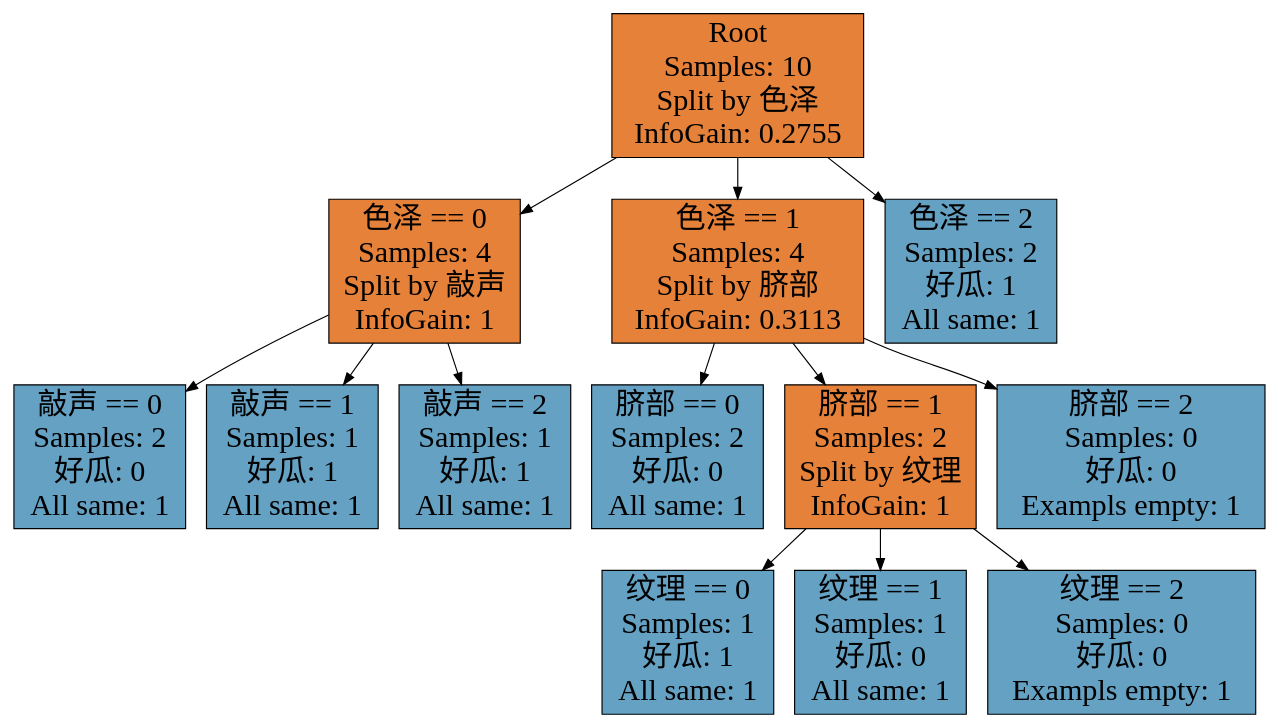
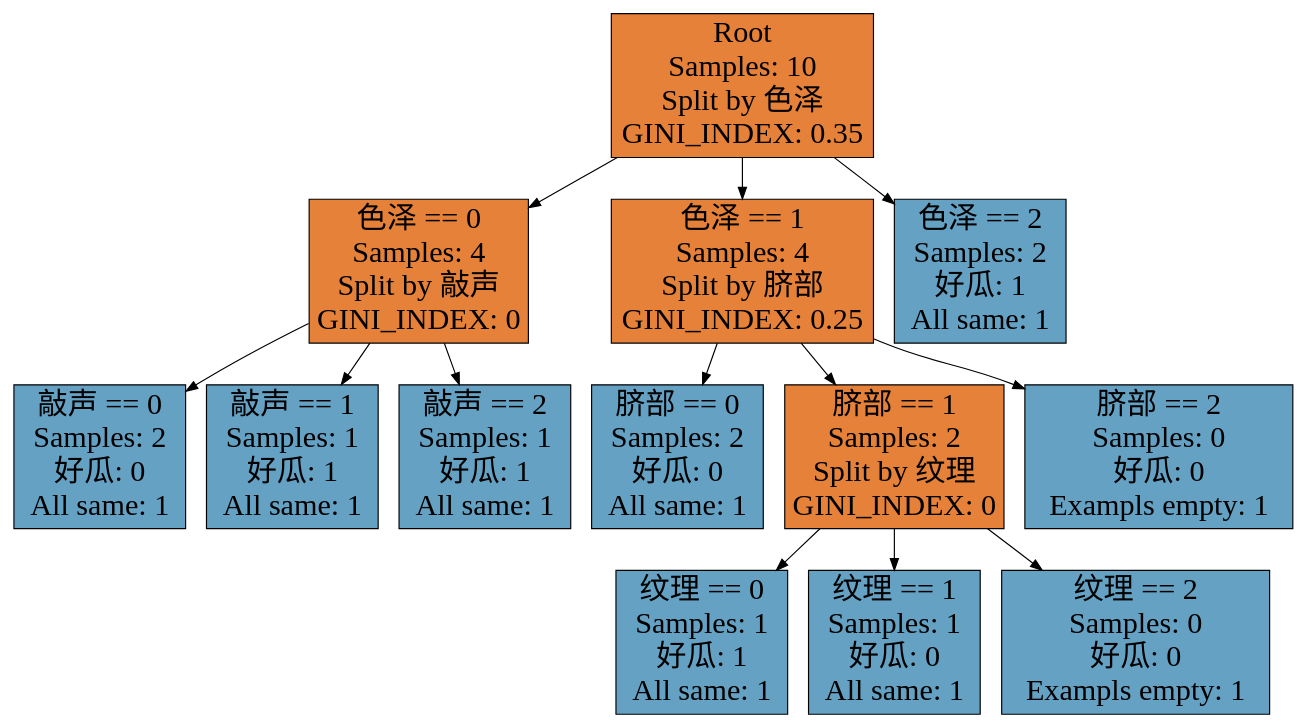
Before and after one commit to VioletStrelitzia/AI: the diagram in resources/DT/trees/watermelon2.0-train.dot, drawn with Graphviz. The commit also changed 10230 other files, not shown here.

```diff
--- a/resources/DT/trees/watermelon2.0-train.dot
+++ b/resources/DT/trees/watermelon2.0-train.dot
@@ -1,29 +1,29 @@
 digraph Tree {
 node [shape=box, style="filled", color="black", fontname="Microsoft YaHei", fontsize=26];
 edge [fontname="Microsoft YaHei", fontsize=26];
-0 [label="Root\nSamples: 10\nSplit by 色泽\nInfoGain: 0.2755", fillcolor="#e58139"];
+0 [label="Root\nSamples: 10\nSplit by 色泽\nGINI_INDEX: 0.35", fillcolor="#e58139"];
 0 -> 1;
-1 [label="色泽 == 0\nSamples: 4\nSplit by 敲声\nInfoGain: 1", fillcolor="#e58139"];
+1 [label="色泽 == 0\nSamples: 4\nSplit by 敲声\nGINI_INDEX: 0", fillcolor="#e58139"];
 1 -> 2;
 2 [label="敲声 == 0\nSamples: 2\n好瓜: 0\nAll same: 1", fillcolor="#64a1c3"];
 1 -> 3;
 3 [label="敲声 == 1\nSamples: 1\n好瓜: 1\nAll same: 1", fillcolor="#64a1c3"];
 1 -> 4;
 4 [label="敲声 == 2\nSamples: 1\n好瓜: 1\nAll same: 1", fillcolor="#64a1c3"];
 0 -> 5;
-5 [label="色泽 == 1\nSamples: 4\nSplit by 脐部\nInfoGain: 0.3113", fillcolor="#e58139"];
+5 [label="色泽 == 1\nSamples: 4\nSplit by 脐部\nGINI_INDEX: 0.25", fillcolor="#e58139"];
 5 -> 6;
 6 [label="脐部 == 0\nSamples: 2\n好瓜: 0\nAll same: 1", fillcolor="#64a1c3"];
 5 -> 7;
-7 [label="脐部 == 1\nSamples: 2\nSplit by 纹理\nInfoGain: 1", fillcolor="#e58139"];
+7 [label="脐部 == 1\nSamples: 2\nSplit by 纹理\nGINI_INDEX: 0", fillcolor="#e58139"];
 7 -> 8;
 8 [label="纹理 == 0\nSamples: 1\n好瓜: 1\nAll same: 1", fillcolor="#64a1c3"];
 7 -> 9;
 9 [label="纹理 == 1\nSamples: 1\n好瓜: 0\nAll same: 1", fillcolor="#64a1c3"];
 7 -> 10;
 10 [label="纹理 == 2\nSamples: 0\n好瓜: 0\nExampls empty: 1", fillcolor="#64a1c3"];
 5 -> 11;
 11 [label="脐部 == 2\nSamples: 0\n好瓜: 0\nExampls empty: 1", fillcolor="#64a1c3"];
 0 -> 12;
 12 [label="色泽 == 2\nSamples: 2\n好瓜: 1\nAll same: 1", fillcolor="#64a1c3"];
 }
```
